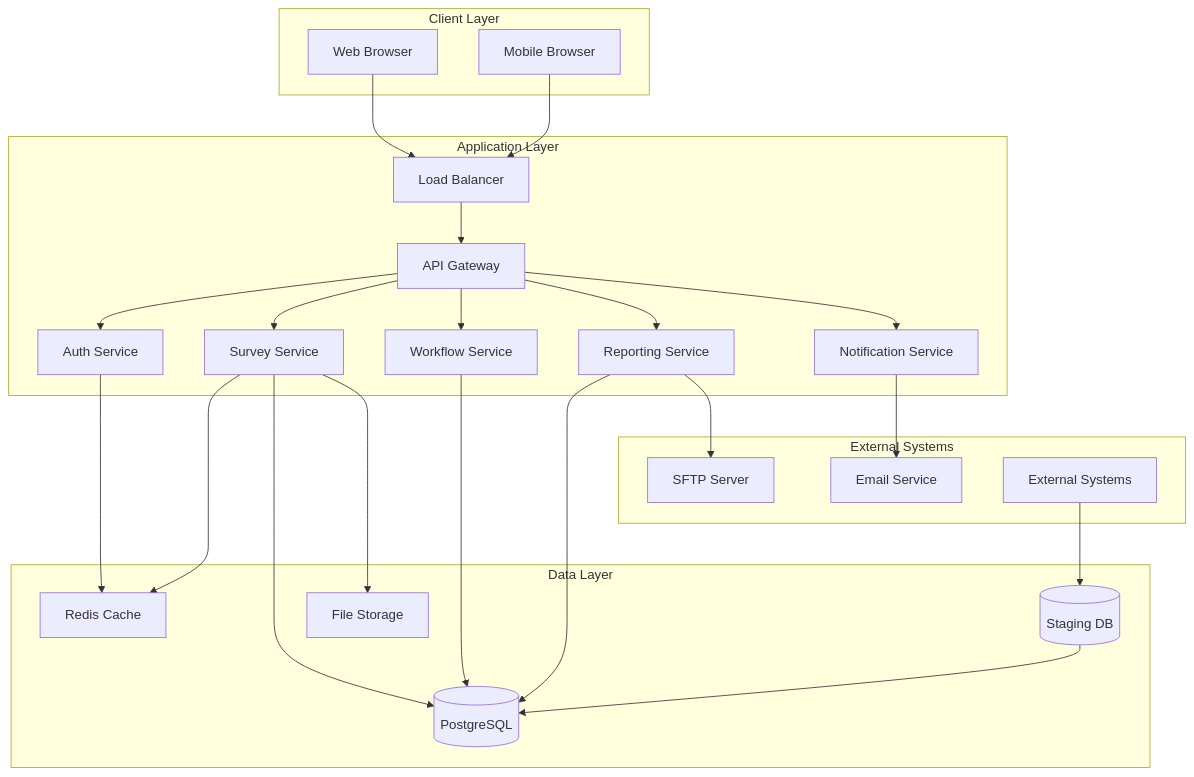
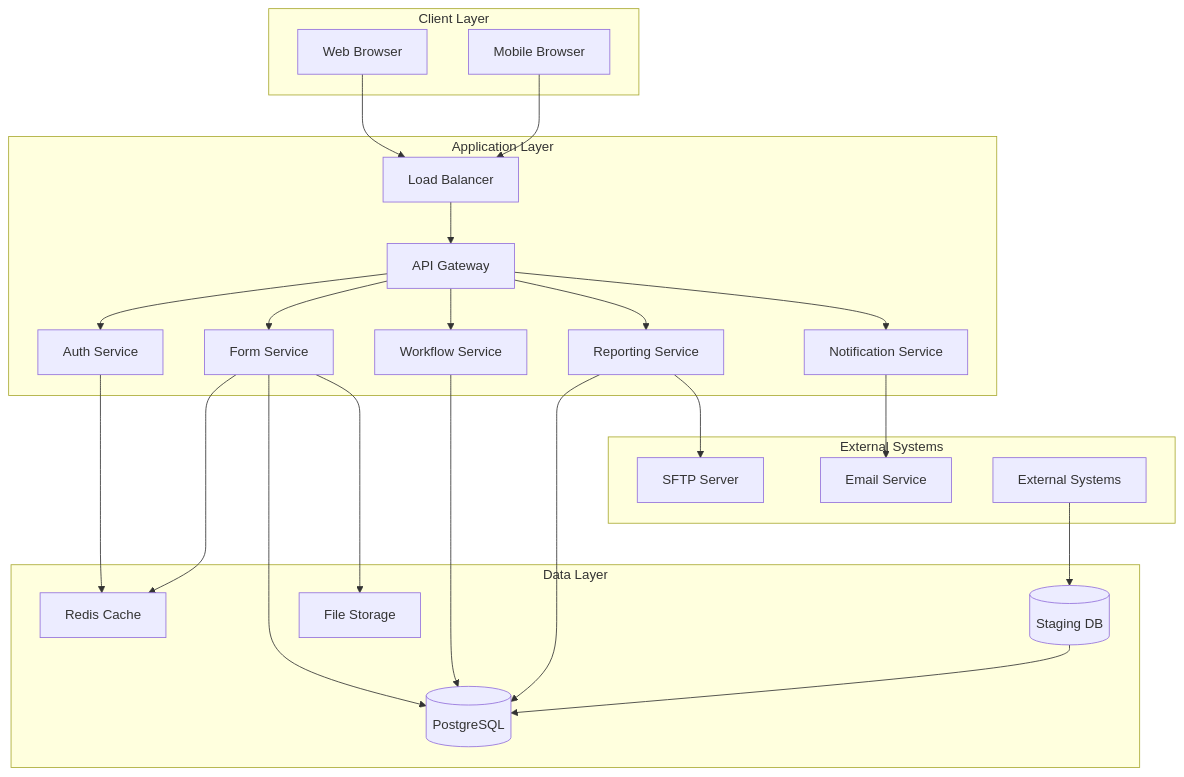
The diagram in .kiro/specs/chc-insight-crm/design.md (codesidh/chc-insight-crm), drawn with Mermaid before and after one commit. The commit also changed other lines of this file and 4 other files, not shown here.

````diff
--- a/.kiro/specs/chc-insight-crm/design.md
+++ b/.kiro/specs/chc-insight-crm/design.md
@@ -11,52 +11,52 @@
 ```mermaid
 graph TB
     subgraph "Client Layer"
         WEB[Web Browser]
         MOBILE[Mobile Browser]
     end
     
     subgraph "Application Layer"
         LB[Load Balancer]
         API[API Gateway]
         AUTH[Auth Service]
-        SURVEY[Survey Service]
+        FORM[Form Service]
         WORKFLOW[Workflow Service]
         REPORT[Reporting Service]
         NOTIFY[Notification Service]
     end
     
     subgraph "Data Layer"
         CACHE[Redis Cache]
         DB[(PostgreSQL)]
         FILES[File Storage]
         STAGING[(Staging DB)]
     end
     
     subgraph "External Systems"
         EMAIL[Email Service]
         SFTP[SFTP Server]
         EXT[External Systems]
     end
     
     WEB --> LB
     MOBILE --> LB
     LB --> API
     API --> AUTH
-    API --> SURVEY
+    API --> FORM
     API --> WORKFLOW
     API --> REPORT
     API --> NOTIFY
     
-    SURVEY --> CACHE
-    SURVEY --> DB
+    FORM --> CACHE
+    FORM --> DB
     WORKFLOW --> DB
     REPORT --> DB
     AUTH --> CACHE
     
     NOTIFY --> EMAIL
     REPORT --> SFTP
     STAGING --> DB
     EXT --> STAGING
     
-    SURVEY --> FILES
+    FORM --> FILES
 ```
````
